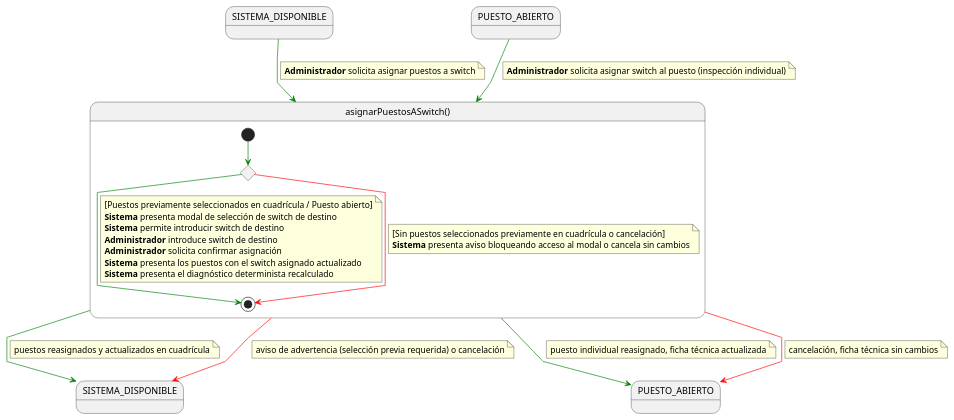
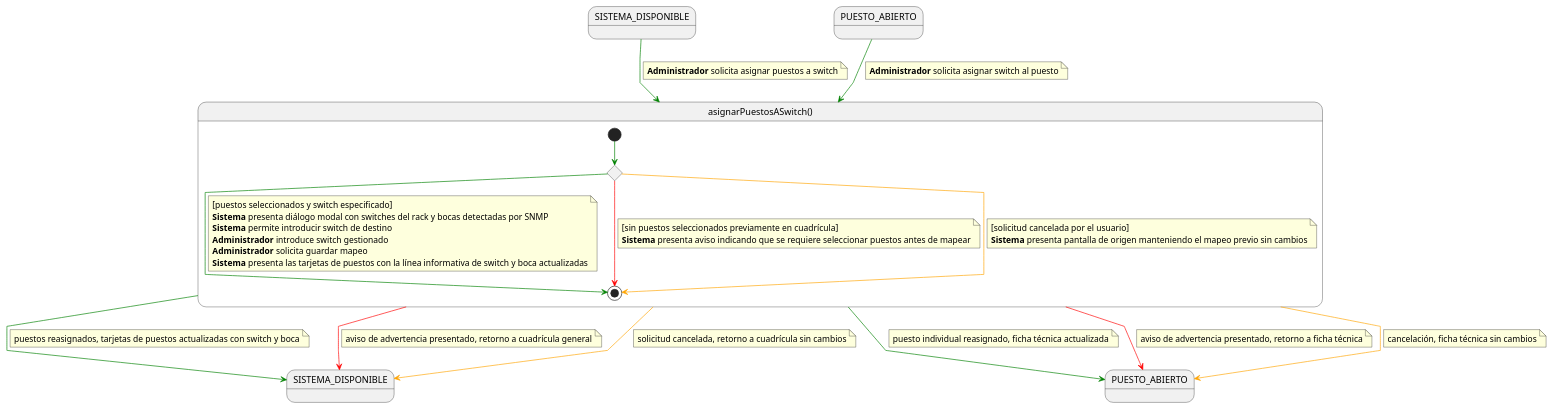
The diagram in RUP/01-requisitos/01-detalle-casos-uso/asignarPuestosASwitch/especificacion.puml (Carlos-Lima2510/mesh-panel), drawn with PlantUML before and after one commit. The commit also changed 14 other files, not shown here.

```diff
--- a/RUP/01-requisitos/01-detalle-casos-uso/asignarPuestosASwitch/especificacion.puml
+++ b/RUP/01-requisitos/01-detalle-casos-uso/asignarPuestosASwitch/especificacion.puml
@@ -1,64 +1,79 @@
 @startuml especificacion
 
 skinparam linetype polyline
 
 state SISTEMA_DISPONIBLE
 state PUESTO_ABIERTO
 state SISTEMA_DISPONIBLE_SALIDA as "SISTEMA_DISPONIBLE"
 state PUESTO_ABIERTO_SALIDA as "PUESTO_ABIERTO"
 
 SISTEMA_DISPONIBLE -[#green]-> asignarPuestosASwitch
 note on link
 <b>Administrador</b> solicita asignar puestos a switch
 end note
 
 PUESTO_ABIERTO -[#green]-> asignarPuestosASwitch
 note on link
-<b>Administrador</b> solicita asignar switch al puesto (inspección individual)
+<b>Administrador</b> solicita asignar switch al puesto
 end note
 
 state asignarPuestosASwitch as "asignarPuestosASwitch()" {
 
     state c <<choice>>
 
     [*] -[#green]-> c
 
     c -[#green]-> [*]
     note on link
-    [Puestos previamente seleccionados en cuadrícula / Puesto abierto]
-    <b>Sistema</b> presenta modal de selección de switch de destino
+    [puestos seleccionados y switch especificado]
+    <b>Sistema</b> presenta diálogo modal con switches del rack y bocas detectadas por SNMP
     <b>Sistema</b> permite introducir switch de destino
-    <b>Administrador</b> introduce switch de destino
-    <b>Administrador</b> solicita confirmar asignación
-    <b>Sistema</b> presenta los puestos con el switch asignado actualizado
-    <b>Sistema</b> presenta el diagnóstico determinista recalculado
+    <b>Administrador</b> introduce switch gestionado
+    <b>Administrador</b> solicita guardar mapeo
+    <b>Sistema</b> presenta las tarjetas de puestos con la línea informativa de switch y boca actualizadas
     end note
 
     c -[#red]-> [*]
     note on link
-    [Sin puestos seleccionados previamente en cuadrícula o cancelación]
-    <b>Sistema</b> presenta aviso bloqueando acceso al modal o cancela sin cambios
+    [sin puestos seleccionados previamente en cuadrícula]
+    <b>Sistema</b> presenta aviso indicando que se requiere seleccionar puestos antes de mapear
+    end note
+
+    c -[#orange]-> [*]
+    note on link
+    [solicitud cancelada por el usuario]
+    <b>Sistema</b> presenta pantalla de origen manteniendo el mapeo previo sin cambios
     end note
 }
 
 asignarPuestosASwitch -[#green]-> SISTEMA_DISPONIBLE_SALIDA
 note on link
-puestos reasignados y actualizados en cuadrícula
+puestos reasignados, tarjetas de puestos actualizadas con switch y boca
 end note
 
 asignarPuestosASwitch -[#red]-> SISTEMA_DISPONIBLE_SALIDA
 note on link
-aviso de advertencia (selección previa requerida) o cancelación
+aviso de advertencia presentado, retorno a cuadrícula general
+end note
+
+asignarPuestosASwitch -[#orange]-> SISTEMA_DISPONIBLE_SALIDA
+note on link
+solicitud cancelada, retorno a cuadrícula sin cambios
 end note
 
 asignarPuestosASwitch -[#green]-> PUESTO_ABIERTO_SALIDA
 note on link
 puesto individual reasignado, ficha técnica actualizada
 end note
 
 asignarPuestosASwitch -[#red]-> PUESTO_ABIERTO_SALIDA
 note on link
+aviso de advertencia presentado, retorno a ficha técnica
+end note
+
+asignarPuestosASwitch -[#orange]-> PUESTO_ABIERTO_SALIDA
+note on link
 cancelación, ficha técnica sin cambios
 end note
 
 @enduml
```
